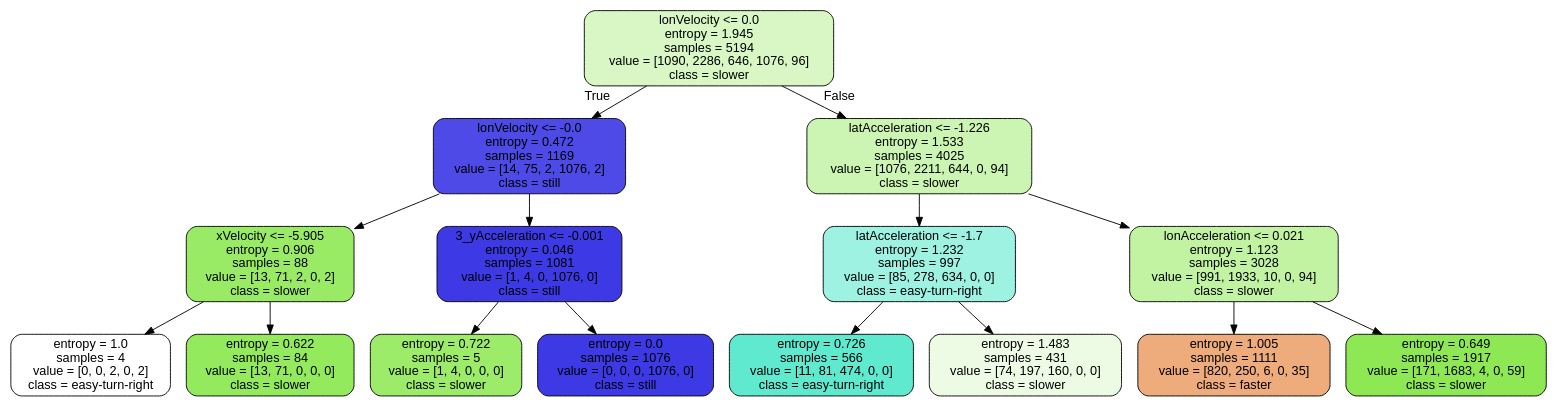
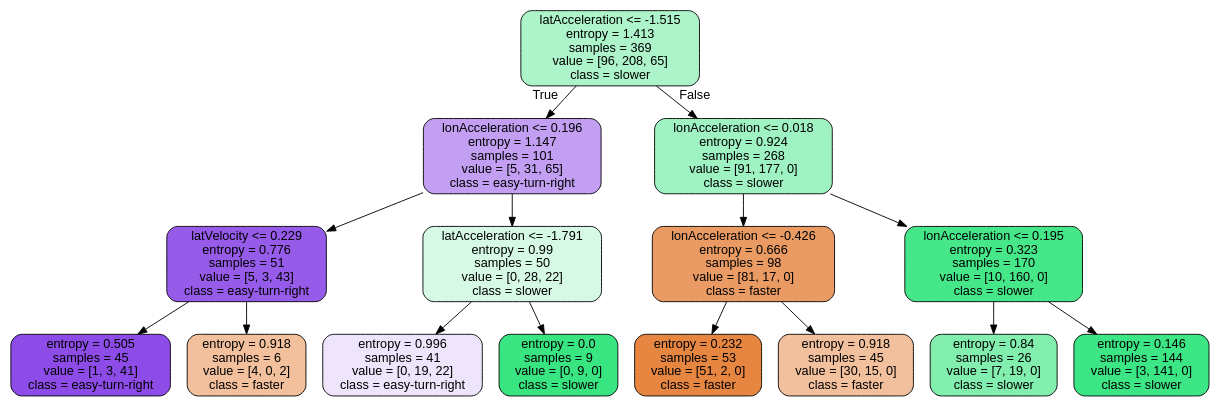
Before and after one commit to DeaTheRider/maneuver-prediction-decision-tree: the diagram in tree.dot, drawn with Graphviz. The commit also changed 7 other files, not shown here.

```diff
--- a/tree.dot
+++ b/tree.dot
@@ -1,33 +1,33 @@
 digraph Tree {
 node [shape=box, style="filled, rounded", color="black", fontname=helvetica] ;
 edge [fontname=helvetica] ;
-0 [label="lonVelocity <= 0.0\nentropy = 1.945\nsamples = 5194\nvalue = [1090, 2286, 646, 1076, 96]\nclass = slower", fillcolor="#d9f7c5"] ;
-1 [label="lonVelocity <= -0.0\nentropy = 0.472\nsamples = 1169\nvalue = [14, 75, 2, 1076, 2]\nclass = still", fillcolor="#4d4ae7"] ;
+0 [label="latAcceleration <= -1.515\nentropy = 1.413\nsamples = 369\nvalue = [96, 208, 65]\nclass = slower", fillcolor="#aef4cb"] ;
+1 [label="lonAcceleration <= 0.196\nentropy = 1.147\nsamples = 101\nvalue = [5, 31, 65]\nclass = easy-turn-right", fillcolor="#c29ff2"] ;
 0 -> 1 [labeldistance=2.5, labelangle=45, headlabel="True"] ;
-2 [label="xVelocity <= -5.905\nentropy = 0.906\nsamples = 88\nvalue = [13, 71, 2, 0, 2]\nclass = slower", fillcolor="#99eb66"] ;
+2 [label="latVelocity <= 0.229\nentropy = 0.776\nsamples = 51\nvalue = [5, 3, 43]\nclass = easy-turn-right", fillcolor="#975bea"] ;
 1 -> 2 ;
-3 [label="entropy = 1.0\nsamples = 4\nvalue = [0, 0, 2, 0, 2]\nclass = easy-turn-right", fillcolor="#ffffff"] ;
+3 [label="entropy = 0.505\nsamples = 45\nvalue = [1, 3, 41]\nclass = easy-turn-right", fillcolor="#8d4ce7"] ;
 2 -> 3 ;
-4 [label="entropy = 0.622\nsamples = 84\nvalue = [13, 71, 0, 0, 0]\nclass = slower", fillcolor="#93ea5d"] ;
+4 [label="entropy = 0.918\nsamples = 6\nvalue = [4, 0, 2]\nclass = faster", fillcolor="#f2c09c"] ;
 2 -> 4 ;
-5 [label="3_yAcceleration <= -0.001\nentropy = 0.046\nsamples = 1081\nvalue = [1, 4, 0, 1076, 0]\nclass = still", fillcolor="#3d3ae5"] ;
+5 [label="latAcceleration <= -1.791\nentropy = 0.99\nsamples = 50\nvalue = [0, 28, 22]\nclass = slower", fillcolor="#d5f9e4"] ;
 1 -> 5 ;
-6 [label="entropy = 0.722\nsamples = 5\nvalue = [1, 4, 0, 0, 0]\nclass = slower", fillcolor="#9cec6a"] ;
+6 [label="entropy = 0.996\nsamples = 41\nvalue = [0, 19, 22]\nclass = easy-turn-right", fillcolor="#eee4fb"] ;
 5 -> 6 ;
-7 [label="entropy = 0.0\nsamples = 1076\nvalue = [0, 0, 0, 1076, 0]\nclass = still", fillcolor="#3c39e5"] ;
+7 [label="entropy = 0.0\nsamples = 9\nvalue = [0, 9, 0]\nclass = slower", fillcolor="#39e581"] ;
 5 -> 7 ;
-8 [label="latAcceleration <= -1.226\nentropy = 1.533\nsamples = 4025\nvalue = [1076, 2211, 644, 0, 94]\nclass = slower", fillcolor="#ccf5b3"] ;
+8 [label="lonAcceleration <= 0.018\nentropy = 0.924\nsamples = 268\nvalue = [91, 177, 0]\nclass = slower", fillcolor="#9ff2c2"] ;
 0 -> 8 [labeldistance=2.5, labelangle=-45, headlabel="False"] ;
-9 [label="latAcceleration <= -1.7\nentropy = 1.232\nsamples = 997\nvalue = [85, 278, 634, 0, 0]\nclass = easy-turn-right", fillcolor="#9df2e2"] ;
+9 [label="lonAcceleration <= -0.426\nentropy = 0.666\nsamples = 98\nvalue = [81, 17, 0]\nclass = faster", fillcolor="#ea9b63"] ;
 8 -> 9 ;
-10 [label="entropy = 0.726\nsamples = 566\nvalue = [11, 81, 474, 0, 0]\nclass = easy-turn-right", fillcolor="#5fead0"] ;
+10 [label="entropy = 0.232\nsamples = 53\nvalue = [51, 2, 0]\nclass = faster", fillcolor="#e68641"] ;
 9 -> 10 ;
-11 [label="entropy = 1.483\nsamples = 431\nvalue = [74, 197, 160, 0, 0]\nclass = slower", fillcolor="#edfbe4"] ;
+11 [label="entropy = 0.918\nsamples = 45\nvalue = [30, 15, 0]\nclass = faster", fillcolor="#f2c09c"] ;
 9 -> 11 ;
-12 [label="lonAcceleration <= 0.021\nentropy = 1.123\nsamples = 3028\nvalue = [991, 1933, 10, 0, 94]\nclass = slower", fillcolor="#c2f3a3"] ;
+12 [label="lonAcceleration <= 0.195\nentropy = 0.323\nsamples = 170\nvalue = [10, 160, 0]\nclass = slower", fillcolor="#45e789"] ;
 8 -> 12 ;
-13 [label="entropy = 1.005\nsamples = 1111\nvalue = [820, 250, 6, 0, 35]\nclass = faster", fillcolor="#eeac7c"] ;
+13 [label="entropy = 0.84\nsamples = 26\nvalue = [7, 19, 0]\nclass = slower", fillcolor="#82efaf"] ;
 12 -> 13 ;
-14 [label="entropy = 0.649\nsamples = 1917\nvalue = [171, 1683, 4, 0, 59]\nclass = slower", fillcolor="#8de854"] ;
+14 [label="entropy = 0.146\nsamples = 144\nvalue = [3, 141, 0]\nclass = slower", fillcolor="#3de684"] ;
 12 -> 14 ;
 }
```
